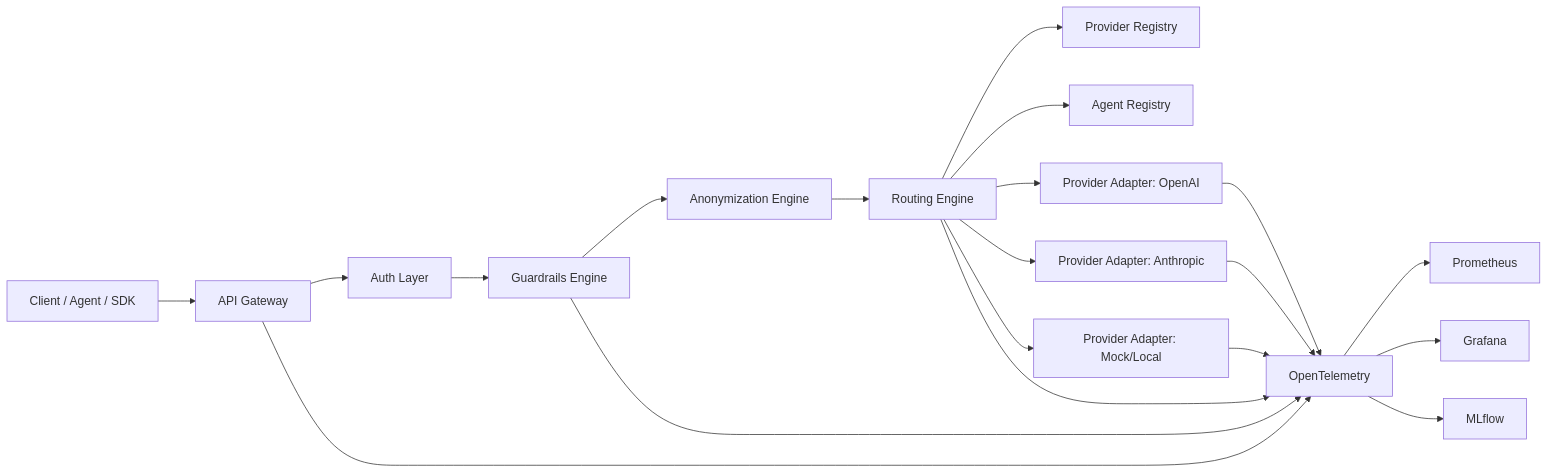
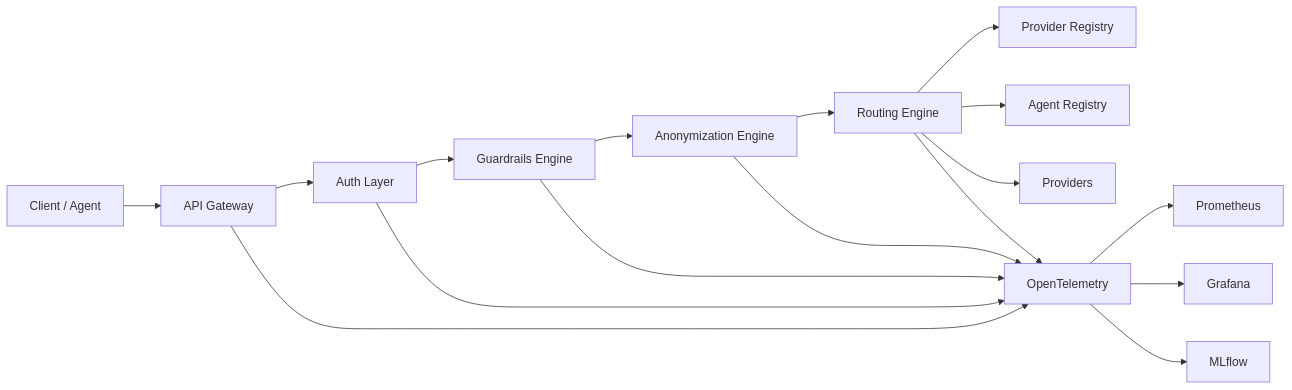
Before and after one commit to PeMikj/astrixa: the diagram in README.md, drawn with Mermaid. The commit also changed other lines of this file and 2 other files, not shown here.

````diff
--- a/README.md
+++ b/README.md
@@ -82,24 +43,20 @@
 ```mermaid
 flowchart LR
-    Client[Client / Agent / SDK] --> GW[API Gateway]
+    Client[Client / Agent] --> GW[API Gateway]
     GW --> AUTH[Auth Layer]
     AUTH --> GR[Guardrails Engine]
     GR --> ANON[Anonymization Engine]
     ANON --> RE[Routing Engine]
     RE --> PR[Provider Registry]
     RE --> AR[Agent Registry]
-    RE --> PA1[Provider Adapter: OpenAI]
-    RE --> PA2[Provider Adapter: Anthropic]
-    RE --> PA3[Provider Adapter: Mock/Local]
+    RE --> PA[Providers]
 
     GW --> OTEL[OpenTelemetry]
     RE --> OTEL
     GR --> OTEL
-    PA1 --> OTEL
-    PA2 --> OTEL
-    PA3 --> OTEL
-
+    ANON --> OTEL
+    AUTH --> OTEL
     OTEL --> PROM[Prometheus]
     OTEL --> GRAF[Grafana]
     OTEL --> MLF[MLflow]
 ```
````
